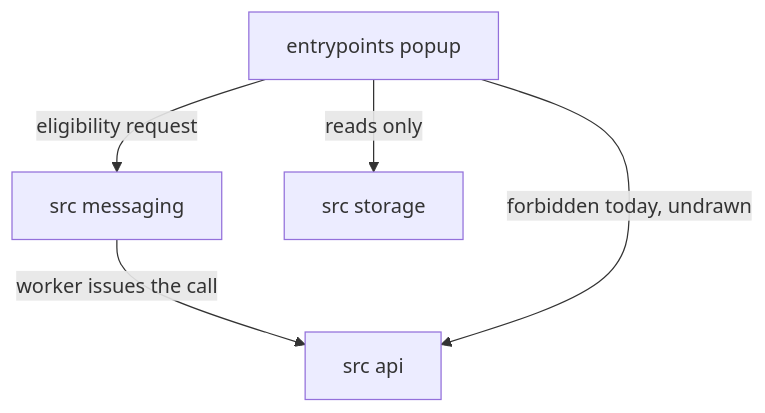
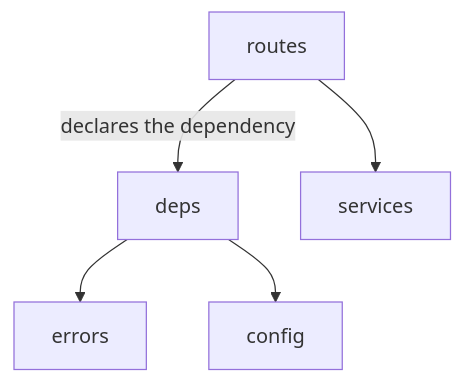
One commit to jacklvd/boomerang changed the first of 2 diagrams in reviews/boomerang-low-level-design-review.md. Above: the diagram before and after it, drawn with Mermaid. The commit also changed other lines of this file and 4 other files, not shown here.

````diff
--- a/reviews/boomerang-low-level-design-review.md
+++ b/reviews/boomerang-low-level-design-review.md
@@ -76,7 +86,7 @@
 ```mermaid
-graph TD
-    POPUP["entrypoints popup"] -- "eligibility request" --> MSG["src messaging"]
-    MSG -- "worker issues the call" --> API["src api"]
-    POPUP -- "reads only" --> STORE["src storage"]
-    POPUP -- "forbidden today, undrawn" --> API
+flowchart TD
+    R["routes"] -- "declares the dependency" --> D["deps"]
+    D --> E["errors"]
+    D --> CFG["config"]
+    R --> S["services"]
 ```
````
